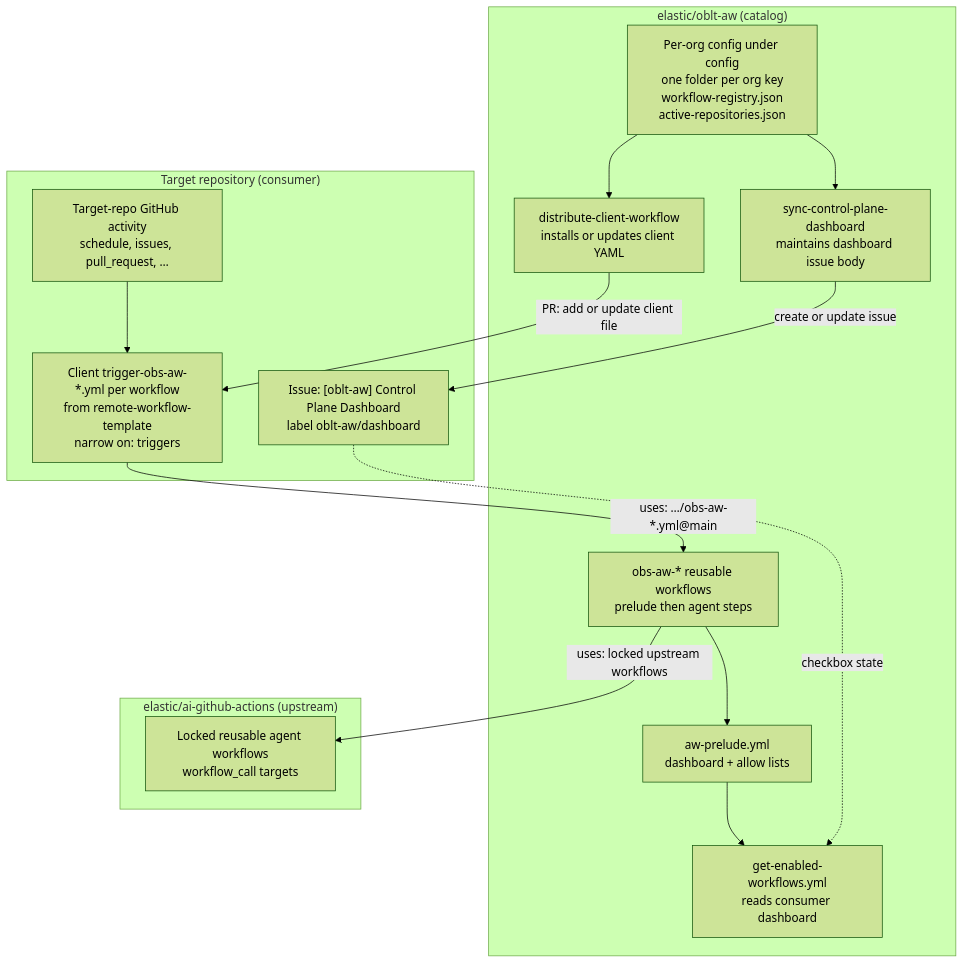
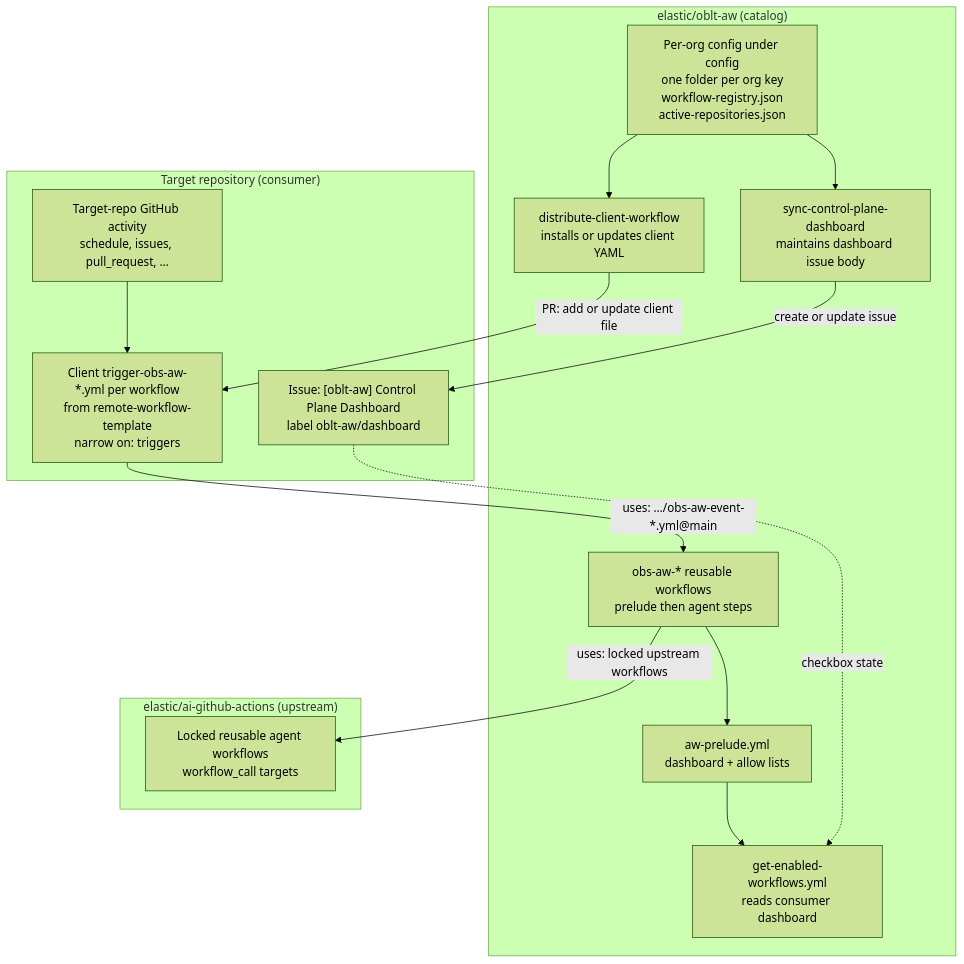
Before and after one commit to elastic/oblt-aw: the first of 4 diagrams in docs/architecture/overview.md, drawn with Mermaid (forest theme). The commit also changed 60 other files, not shown here.

````diff
--- a/docs/architecture/overview.md
+++ b/docs/architecture/overview.md
@@ -48,32 +48,32 @@
 ```mermaid
 flowchart TB
   subgraph OBLT["elastic/oblt-aw (catalog)"]
     CFG["Per-org config under config\none folder per org key\nworkflow-registry.json\nactive-repositories.json"]
     DIST["distribute-client-workflow\ninstalls or updates client YAML"]
     SYNC["sync-control-plane-dashboard\nmaintains dashboard issue body"]
     PRE["aw-prelude.yml\ndashboard + allow lists"]
     GET["get-enabled-workflows.yml\nreads consumer dashboard"]
     GHA["obs-aw-* reusable workflows\nprelude then agent steps"]
     CFG --> DIST
     CFG --> SYNC
     PRE --> GET
     GHA --> PRE
   end
 
   subgraph UP["elastic/ai-github-actions (upstream)"]
     LOCK["Locked reusable agent workflows\nworkflow_call targets"]
   end
 
   subgraph CON["Target repository (consumer)"]
     EVT["Target-repo GitHub activity\nschedule, issues, pull_request, …"]
     CLIENT["Client trigger-obs-aw-*.yml per workflow\nfrom remote-workflow-template\nnarrow on: triggers"]
     DASH["Issue: [oblt-aw] Control Plane Dashboard\nlabel oblt-aw/dashboard"]
     EVT --> CLIENT
     DASH -.->|checkbox state| GET
   end
 
   DIST -->|PR: add or update client file| CLIENT
   SYNC -->|create or update issue| DASH
-  CLIENT -->|uses: …/obs-aw-*.yml@main| GHA
+  CLIENT -->|uses: …/obs-aw-event-*.yml@main| GHA
   GHA -->|uses: locked upstream workflows| LOCK
 ```
````
